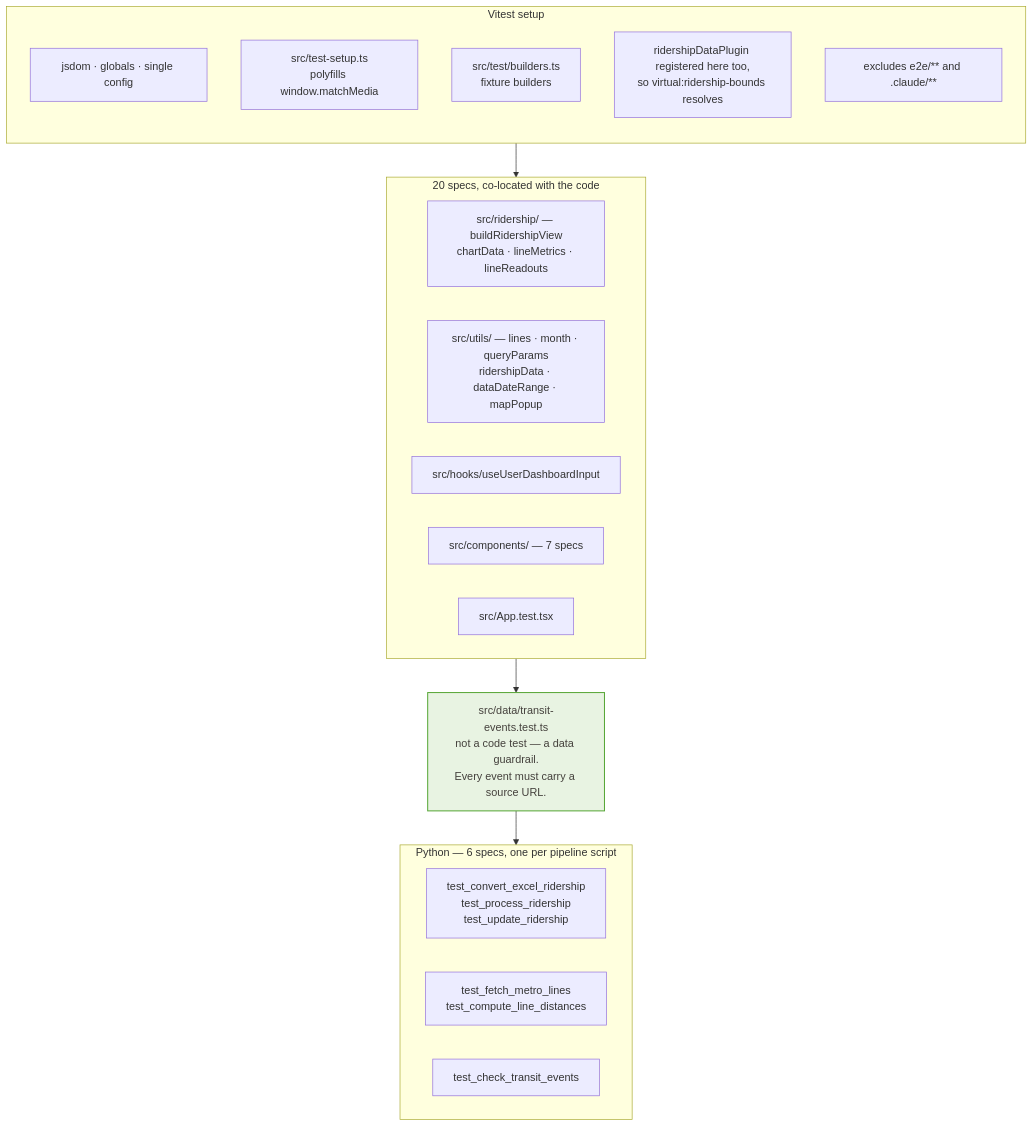
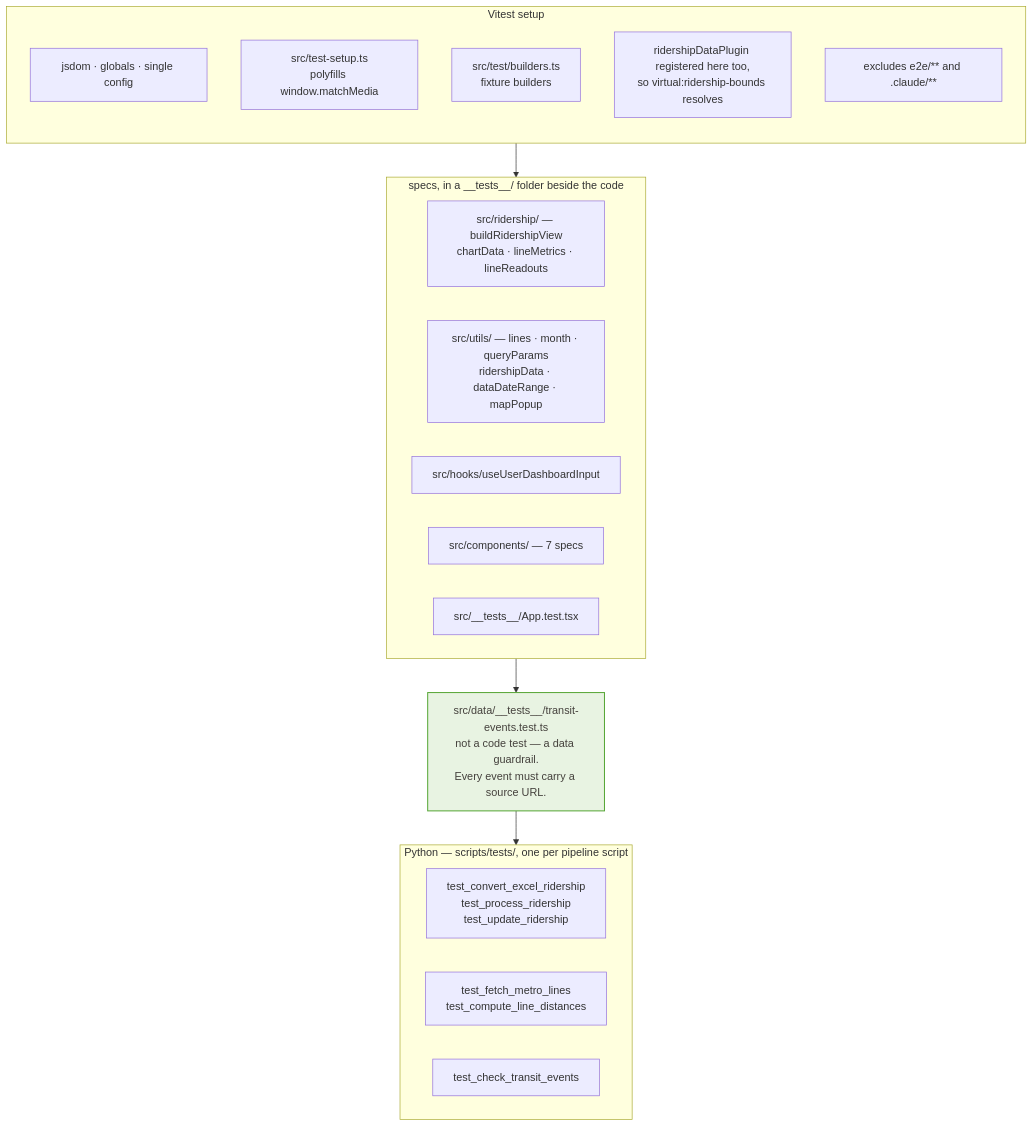
Before and after one commit to streetsforall/metro_ridership_app: the diagram in docs/architecture/mermaid/17-test-unit-and-python.mmd, drawn with Mermaid. The commit also changed 86 other files, not shown here.

```diff
--- a/docs/architecture/mermaid/17-test-unit-and-python.mmd
+++ b/docs/architecture/mermaid/17-test-unit-and-python.mmd
@@ -1,34 +1,34 @@
 flowchart TB
   subgraph config["Vitest setup"]
     direction TB
     env["jsdom · globals · single config"]
     setup["src/test-setup.ts<br/>polyfills window.matchMedia"]
     builders["src/test/builders.ts<br/>fixture builders"]
     virt["ridershipDataPlugin registered here too,<br/>so virtual:ridership-bounds resolves"]
     excl["excludes e2e/** and .claude/**"]
   end
 
-  subgraph specs["20 specs, co-located with the code"]
+  subgraph specs["specs, in a __tests__/ folder beside the code"]
     direction LR
     uDomain["src/ridership/ — buildRidershipView<br/>chartData · lineMetrics · lineReadouts"]
     uUtils["src/utils/ — lines · month · queryParams<br/>ridershipData · dataDateRange · mapPopup"]
     uHook["src/hooks/useUserDashboardInput"]
     uComp["src/components/ — 7 specs"]
-    uApp["src/App.test.tsx"]
+    uApp["src/__tests__/App.test.tsx"]
   end
 
-  guard["src/data/transit-events.test.ts<br/>not a code test — a data guardrail.<br/>Every event must carry a source URL."]
+  guard["src/data/__tests__/transit-events.test.ts<br/>not a code test — a data guardrail.<br/>Every event must carry a source URL."]
 
-  subgraph py["Python — 6 specs, one per pipeline script"]
+  subgraph py["Python — scripts/tests/, one per pipeline script"]
     direction LR
     pyRid["test_convert_excel_ridership<br/>test_process_ridership<br/>test_update_ridership"]
     pyGeo["test_fetch_metro_lines<br/>test_compute_line_distances"]
     pyEv["test_check_transit_events"]
   end
 
   config --> specs
   specs --> guard
   guard --> py
 
   classDef surface fill:#e8f3e2,stroke:#58a738,stroke-width:1.5px,color:#44403c
   class guard surface
```
